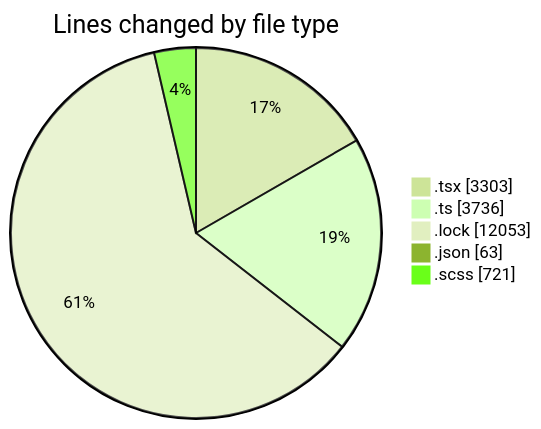
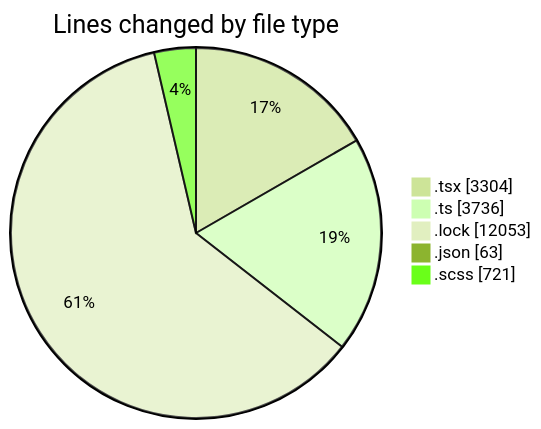
Before and after one commit to momahboobian/code-tracking: the first of 2 diagrams in 2025-12-03/cda/README.md, drawn with Mermaid (forest theme). The commit also changed other lines of this file and 1 other file, not shown here.

````diff
--- a/2025-12-03/cda/README.md
+++ b/2025-12-03/cda/README.md
@@ -32,9 +32,9 @@
 ```mermaid
 pie showData
 title Lines changed by file type
-".tsx" : 3303
+".tsx" : 3304
 ".ts" : 3736
 ".lock" : 12053
 ".json" : 63
 ".scss" : 721
 ```
````
